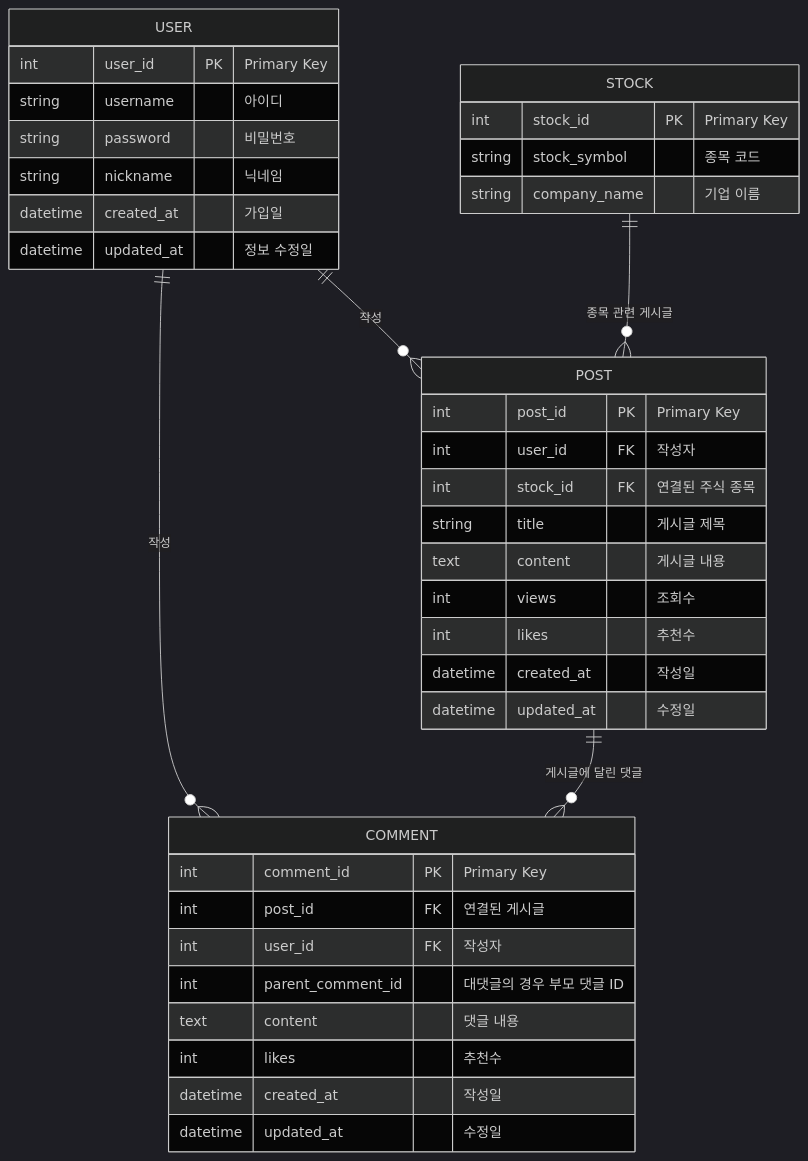
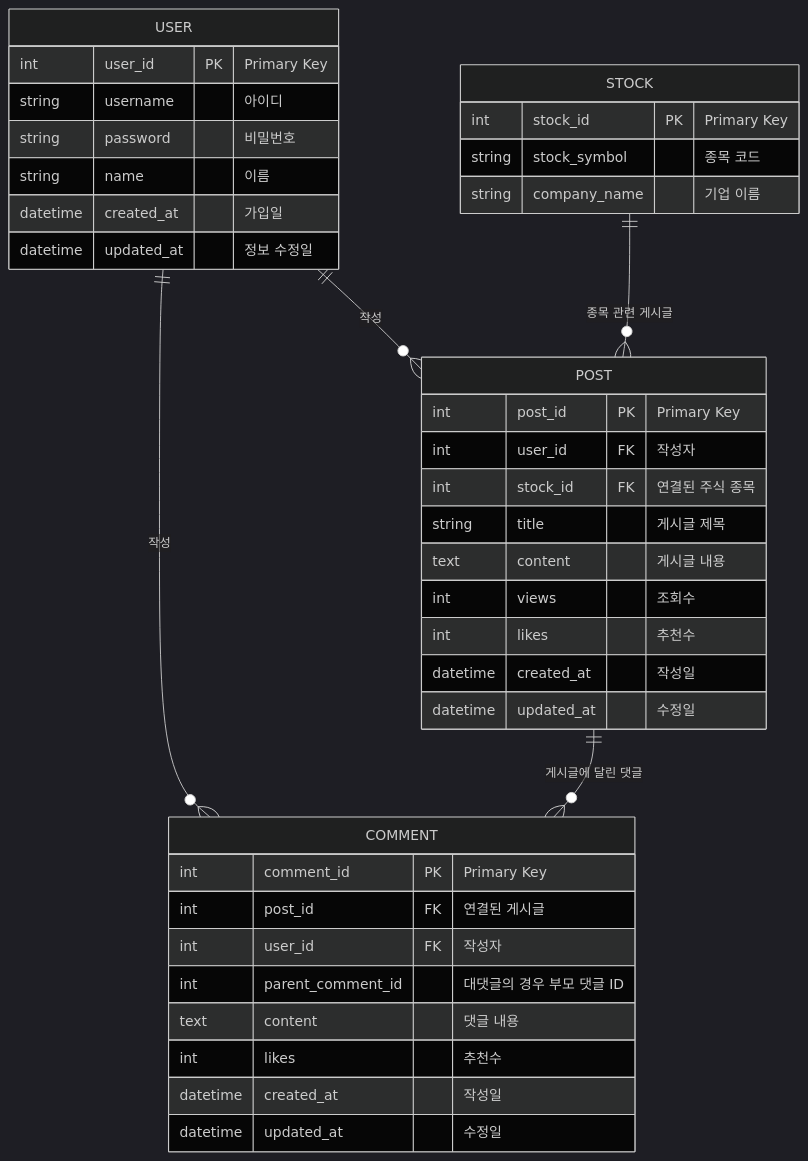
The third of 3 diagrams in README.md (Donggyu-Kim1/stalk), drawn with Mermaid (dark theme) before and after one commit. The commit also changed other lines of this file and 2 other files, not shown here.

````diff
--- a/README.md
+++ b/README.md
@@ -260,45 +260,45 @@
 ```mermaid
 erDiagram
     USER {
         int user_id PK "Primary Key"
         string username "아이디"
         string password "비밀번호"
-        string nickname "닉네임"
+        string name "이름"
         datetime created_at "가입일"
         datetime updated_at "정보 수정일"
     }
 
     POST {
         int post_id PK "Primary Key"
         int user_id FK "작성자"
         int stock_id FK "연결된 주식 종목"
         string title "게시글 제목"
         text content "게시글 내용"
         int views "조회수"
         int likes "추천수"
         datetime created_at "작성일"
         datetime updated_at "수정일"
     }
 
     COMMENT {
         int comment_id PK "Primary Key"
         int post_id FK "연결된 게시글"
         int user_id FK "작성자"
         int parent_comment_id "대댓글의 경우 부모 댓글 ID"
         text content "댓글 내용"
         int likes "추천수"
         datetime created_at "작성일"
         datetime updated_at "수정일"
     }
 
     STOCK {
         int stock_id PK "Primary Key"
         string stock_symbol "종목 코드"
         string company_name "기업 이름"
     }
 
     USER ||--o{ POST : "작성"
     USER ||--o{ COMMENT : "작성"
     POST ||--o{ COMMENT : "게시글에 달린 댓글"
     STOCK ||--o{ POST : "종목 관련 게시글"
 ```
````
